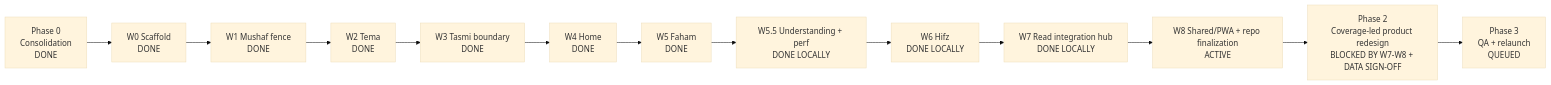
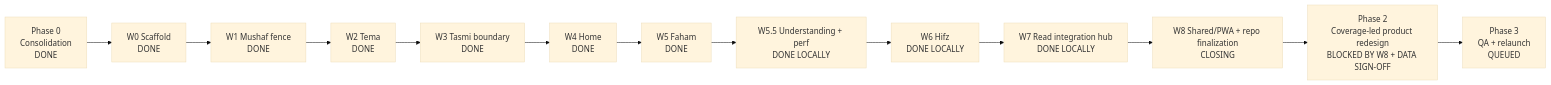
The diagram in docs/PROGRAM-BOARD-2026-07-13.md (khayroul/miftah), drawn with Mermaid (base theme) before and after one commit. The commit also changed other lines of this file, not shown here.

Commit message:
docs: chart Wave 8 closure lanes

````diff
--- a/docs/PROGRAM-BOARD-2026-07-13.md
+++ b/docs/PROGRAM-BOARD-2026-07-13.md
@@ -9,18 +9,18 @@
 ```mermaid
 flowchart LR
     P0[Phase 0<br/>Consolidation<br/>DONE]
     W0[W0 Scaffold<br/>DONE]
     W1[W1 Mushaf fence<br/>DONE]
     W2[W2 Tema<br/>DONE]
     W3[W3 Tasmi boundary<br/>DONE]
     W4[W4 Home<br/>DONE]
     W5[W5 Faham<br/>DONE]
     W55[W5.5 Understanding + perf<br/>DONE LOCALLY]
     W6[W6 Hifz<br/>DONE LOCALLY]
     W7[W7 Read integration hub<br/>DONE LOCALLY]
-    W8[W8 Shared/PWA + repo finalization<br/>ACTIVE]
-    P2[Phase 2<br/>Coverage-led product redesign<br/>BLOCKED BY W7-W8 + DATA SIGN-OFF]
+    W8[W8 Shared/PWA + repo finalization<br/>CLOSING]
+    P2[Phase 2<br/>Coverage-led product redesign<br/>BLOCKED BY W8 + DATA SIGN-OFF]
     P3[Phase 3<br/>QA + relaunch<br/>QUEUED]
 
     P0 --> W0 --> W1 --> W2 --> W3 --> W4 --> W5 --> W55 --> W6 --> W7 --> W8 --> P2 --> P3
 ```
````
